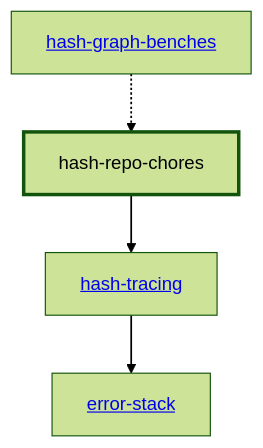
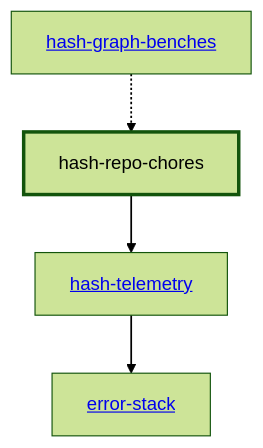
Before and after one commit to hashintel/hash: the diagram in libs/@local/repo-chores/rust/docs/dependency-diagram.mmd, drawn with Mermaid (forest theme). The commit also changed 38 other files, not shown here.

Commit message:
Rename `hash-tracing` to `hash-telemetry`

```diff
--- a/libs/@local/repo-chores/rust/docs/dependency-diagram.mmd
+++ b/libs/@local/repo-chores/rust/docs/dependency-diagram.mmd
@@ -1,18 +1,18 @@
 graph TD
     linkStyle default stroke-width:1.5px
     classDef default stroke-width:1px
     classDef root stroke-width:3px
     classDef dev stroke-width:1px
     classDef build stroke-width:1px
     %% Legend
     %% --> : Normal dependency
     %% -.-> : Dev dependency
     %% ---> : Build dependency
     0[hash-repo-chores]
     class 0 root
-    1[<a href="../hash_tracing">hash-tracing</a>]
+    1[<a href="../hash_telemetry">hash-telemetry</a>]
     2[<a href="../error_stack">error-stack</a>]
     3[<a href="../hash_graph_benches">hash-graph-benches</a>]
     0 --> 1
     1 --> 2
     3 -.-> 0
```
